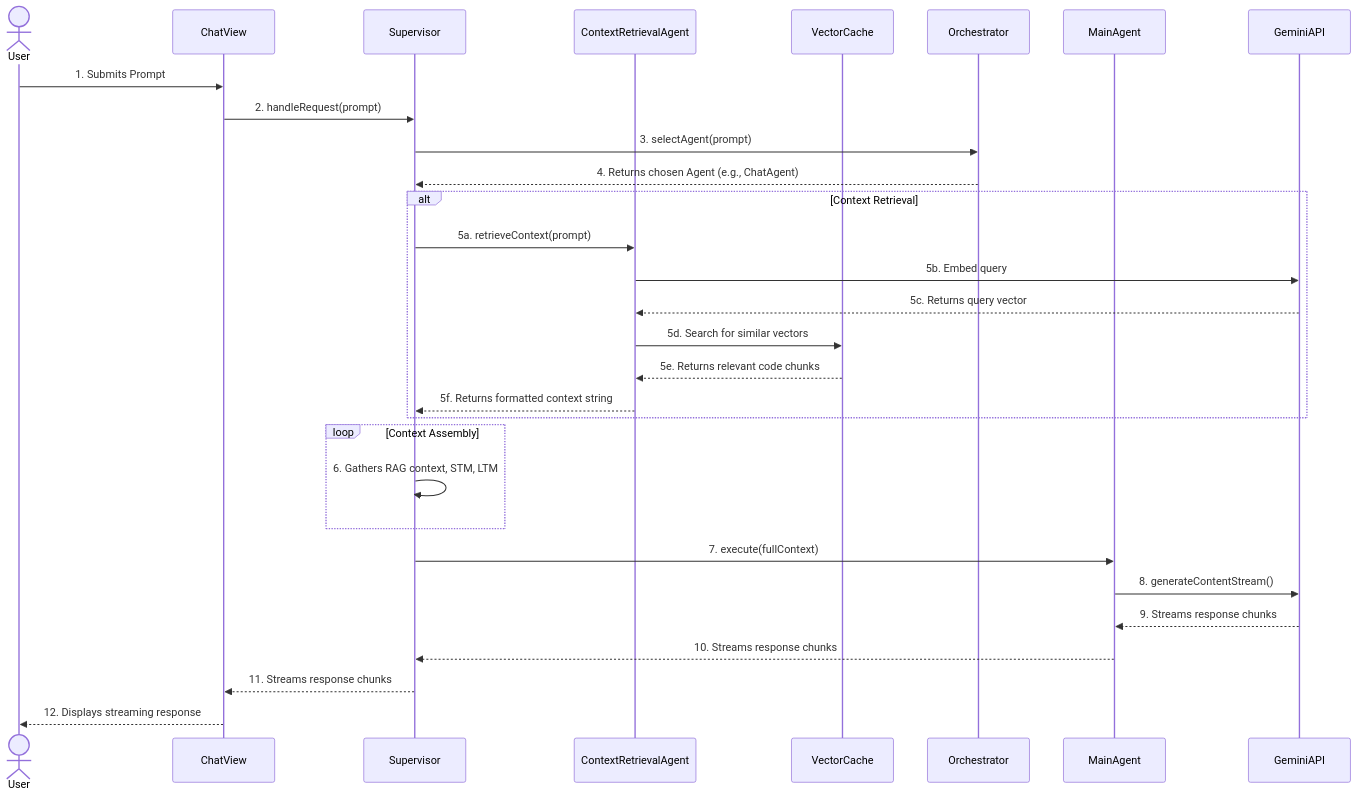
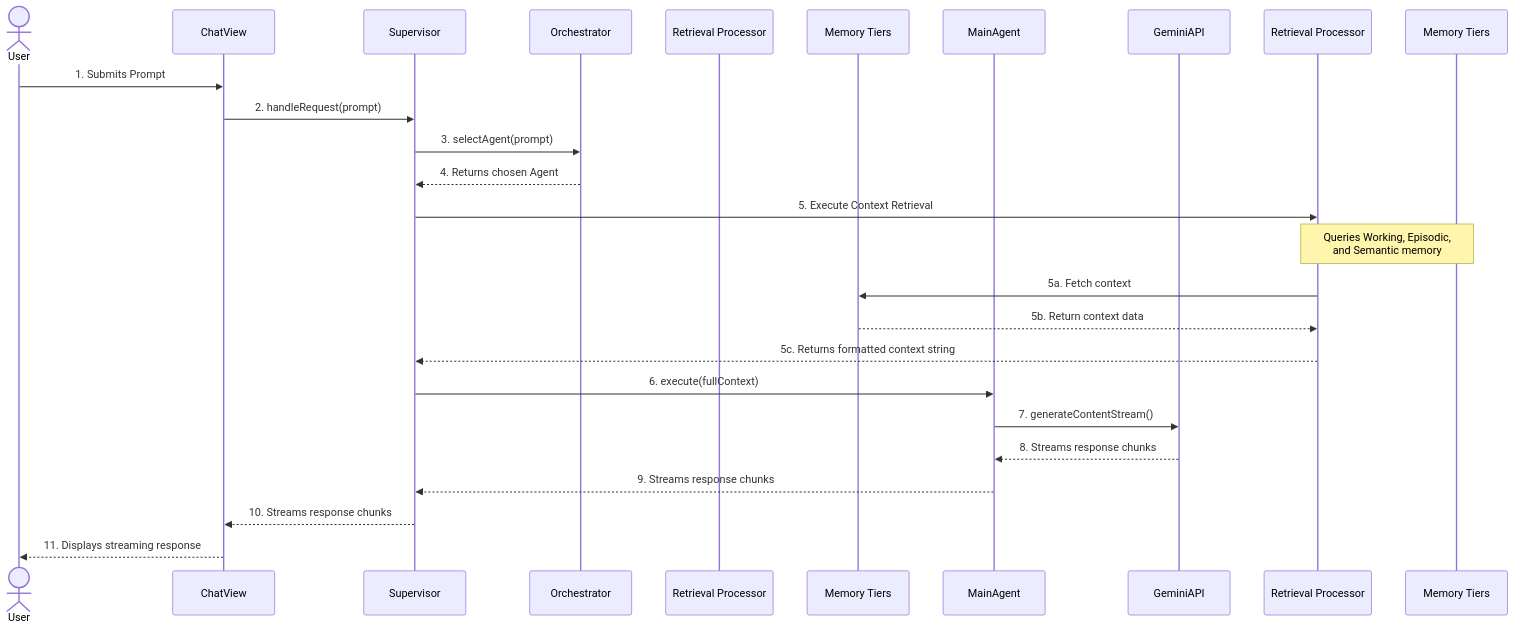
The diagram in docs/09-architecture-overview.md (ssdeanx/DevKit-AI), drawn with Mermaid before and after one commit. The commit also changed other lines of this file and 23 other files, not shown here.

First line of the commit message:
feat: Add working memory and knowledge base views

````diff
--- a/docs/09-architecture-overview.md
+++ b/docs/09-architecture-overview.md
@@ -39,39 +35,32 @@
 ```mermaid
 sequenceDiagram
     actor User
     participant ChatView
     participant Supervisor
-    participant ContextRetrievalAgent
-    participant VectorCache
     participant Orchestrator
+    participant ContextRetrievalAgent as Retrieval Processor
+    participant MemoryServices as Memory Tiers
     participant MainAgent
     participant GeminiAPI
 
     User->>ChatView: 1. Submits Prompt
     ChatView->>Supervisor: 2. handleRequest(prompt)
     
     Supervisor->>Orchestrator: 3. selectAgent(prompt)
-    Orchestrator-->>Supervisor: 4. Returns chosen Agent (e.g., ChatAgent)
+    Orchestrator-->>Supervisor: 4. Returns chosen Agent
+    
+    Supervisor->>Retrieval Processor: 5. Execute Context Retrieval
+    Note over Retrieval Processor, Memory Tiers: Queries Working, Episodic,<br/>and Semantic memory
+    Retrieval Processor->>MemoryServices: 5a. Fetch context
+    MemoryServices-->>Retrieval Processor: 5b. Return context data
+    Retrieval Processor-->>Supervisor: 5c. Returns formatted context string
 
-    alt Context Retrieval
-        Supervisor->>ContextRetrievalAgent: 5a. retrieveContext(prompt)
-        ContextRetrievalAgent->>GeminiAPI: 5b. Embed query
-        GeminiAPI-->>ContextRetrievalAgent: 5c. Returns query vector
-        ContextRetrievalAgent->>VectorCache: 5d. Search for similar vectors
-        VectorCache-->>ContextRetrievalAgent: 5e. Returns relevant code chunks
-        ContextRetrievalAgent-->>Supervisor: 5f. Returns formatted context string
-    end
+    Supervisor->>MainAgent: 6. execute(fullContext)
+    MainAgent->>GeminiAPI: 7. generateContentStream()
     
-    loop Context Assembly
-        Supervisor->>Supervisor: 6. Gathers RAG context, STM, LTM
-    end
-
-    Supervisor->>MainAgent: 7. execute(fullContext)
-    MainAgent->>GeminiAPI: 8. generateContentStream()
+    GeminiAPI-->>MainAgent: 8. Streams response chunks
+    MainAgent-->>Supervisor: 9. Streams response chunks
+    Supervisor-->>ChatView: 10. Streams response chunks
     
-    GeminiAPI-->>MainAgent: 9. Streams response chunks
-    MainAgent-->>Supervisor: 10. Streams response chunks
-    Supervisor-->>ChatView: 11. Streams response chunks
-    
-    ChatView-->>User: 12. Displays streaming response
+    ChatView-->>User: 11. Displays streaming response
 ```
````
